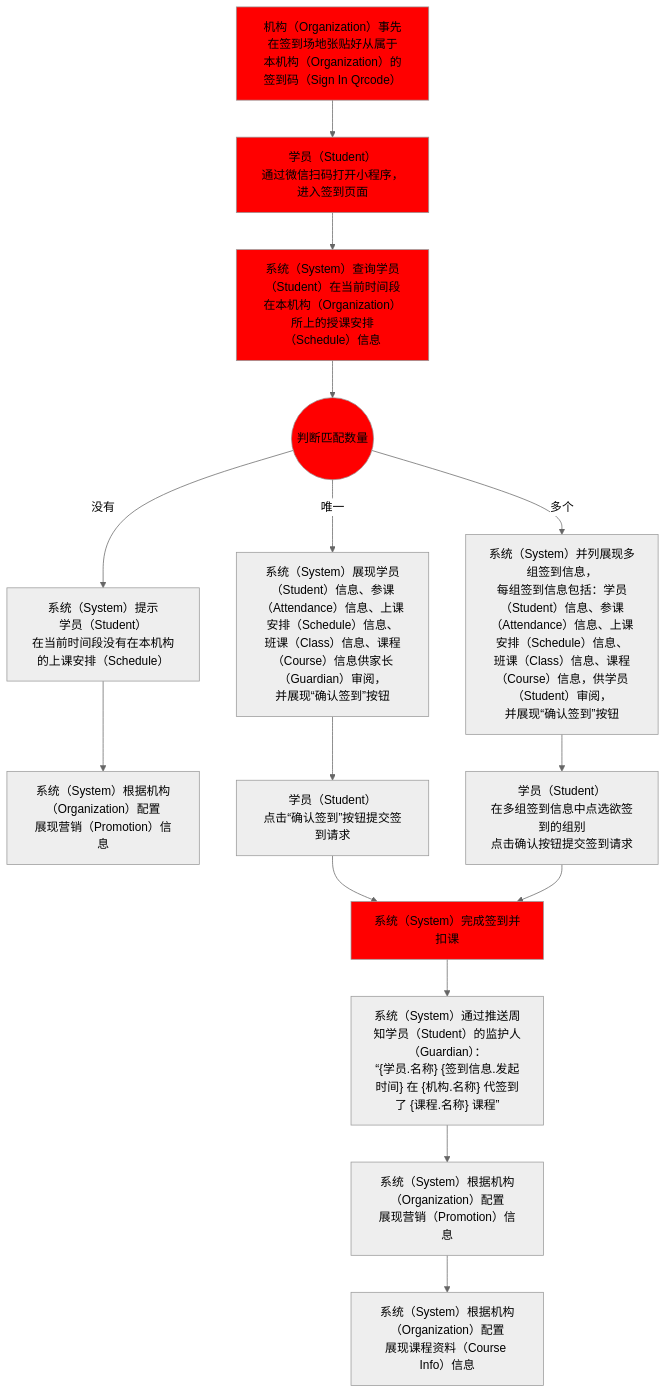
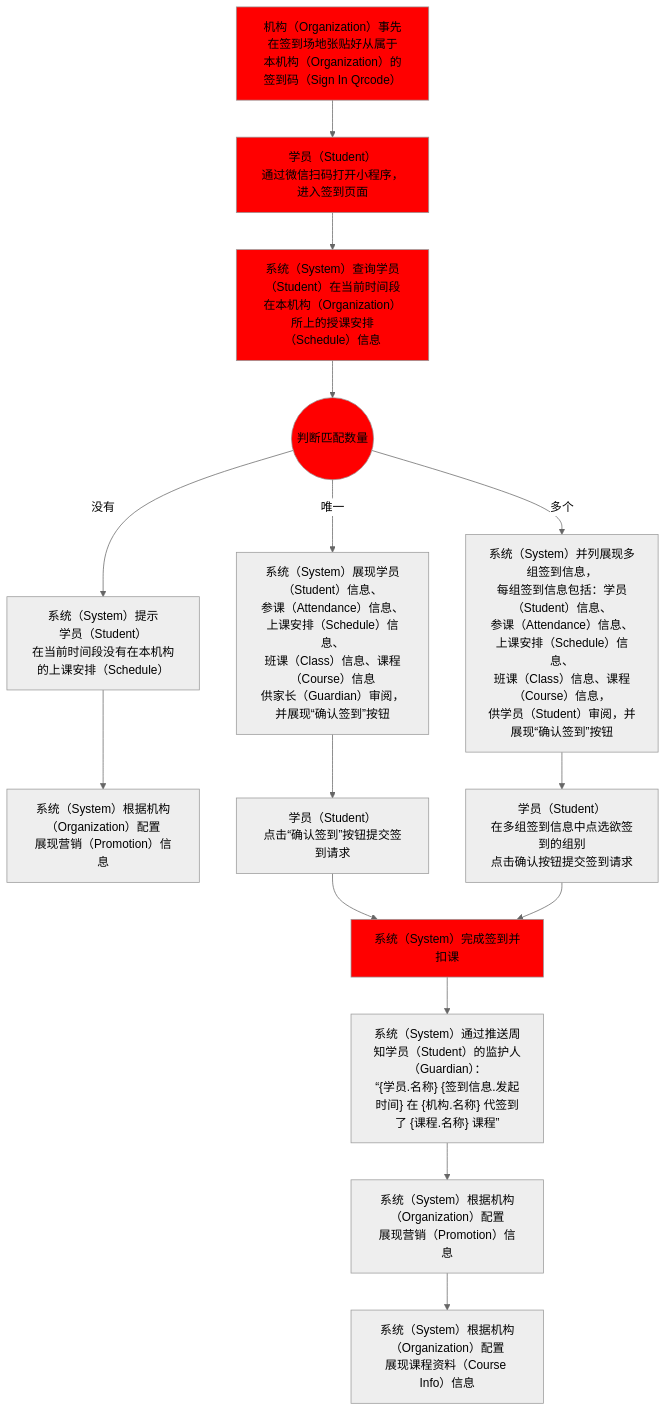
Before and after one commit to world-wide-web/sign: the first of 3 diagrams in 用例/签到.md, drawn with Mermaid (neutral theme). The commit also changed other lines of this file, not shown here.

````diff
--- a/用例/签到.md
+++ b/用例/签到.md
@@ -8,33 +8,33 @@
 ```mermaid
 graph TD
 A["<center>机构（Organization）事先在签到场地张贴好从属于<br>本机构（Organization）的签到码（Sign In Qrcode）</center>"]
 B["<center>学员（Student）<br>通过微信扫码打开小程序，进入签到页面</center>"]
 C["<center>系统（System）查询学员（Student）在当前时间段<br>在本机构（Organization）所上的授课安排（Schedule）信息"]
 D(("<center>判断匹配数量</center>"))
 D0["<center>系统（System）提示<br>学员（Student）<br>在当前时间段没有在本机构的上课安排（Schedule）"]
 D0A["<center>系统（System）根据机构（Organization）配置<br>展现营销（Promotion）信息</center>"]
-D1["<center>系统（System）展现学员（Student）信息、参课（Attendance）信息、上课安排（Schedule）信息、<br>班课（Class）信息、课程（Course）信息供家长（Guardian）审阅，<br>并展现“确认签到”按钮</center>"]
+D1["<center>系统（System）展现学员（Student）信息、<br>参课（Attendance）信息、上课安排（Schedule）信息、<br>班课（Class）信息、课程（Course）信息<br>供家长（Guardian）审阅，并展现“确认签到”按钮</center>"]
 D1A["<center>学员（Student）<br>点击“确认签到”按钮提交签到请求</center>"]
-Dn["<center>系统（System）并列展现多组签到信息，<br>每组签到信息包括：学员（Student）信息、参课（Attendance）信息、上课安排（Schedule）信息、<br>班课（Class）信息、课程（Course）信息，供学员（Student）审阅，<br>并展现“确认签到”按钮</center>"]
+Dn["<center>系统（System）并列展现多组签到信息，<br>每组签到信息包括：学员（Student）信息、<br>参课（Attendance）信息、上课安排（Schedule）信息、<br>班课（Class）信息、课程（Course）信息，<br>供学员（Student）审阅，并展现“确认签到”按钮</center>"]
 DnA["<center>学员（Student）<br>在多组签到信息中点选欲签到的组别<br>点击确认按钮提交签到请求</center>"]
 E["<center>系统（System）完成签到并扣课</center>"]
 F["<center>系统（System）通过推送周知学员（Student）的监护人（Guardian）：<br>“{学员.名称} {签到信息.发起时间} 在 {机构.名称} 代签到了 {课程.名称} 课程”</center>"]
 G["<center>系统（System）根据机构（Organization）配置<br>展现营销（Promotion）信息</center>"]
 H["<center>系统（System）根据机构（Organization）配置<br>展现课程资料（Course Info）信息</center>"]
 A-->B
 B-->C
 C-->D
 D--没有-->D0
 D0-->D0A
 D--唯一-->D1
 D1-->D1A
 D1A-->E
 D--多个-->Dn
 Dn-->DnA
 DnA-->E
 E-->F
 F-->G
 G-->H
 classDef Center text-align:center,fill:red
 class A,B,C,D,E Center
 ```
````
